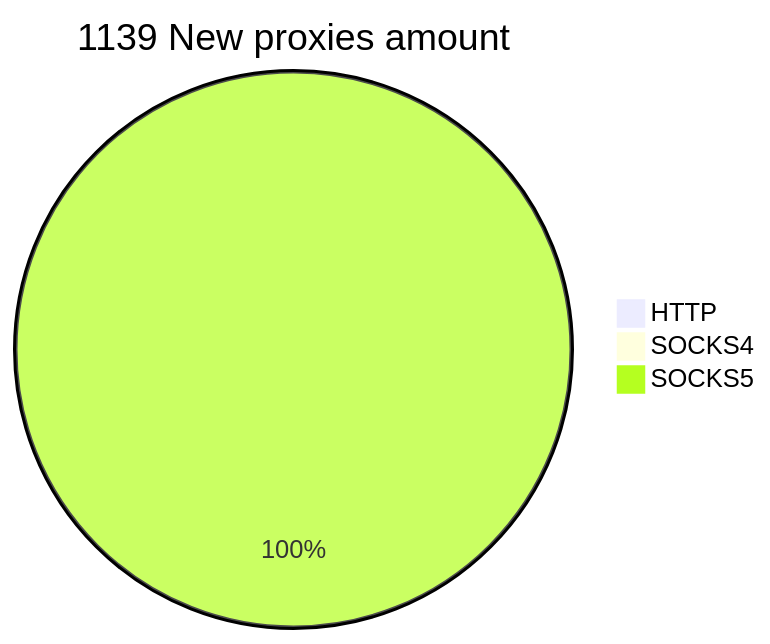
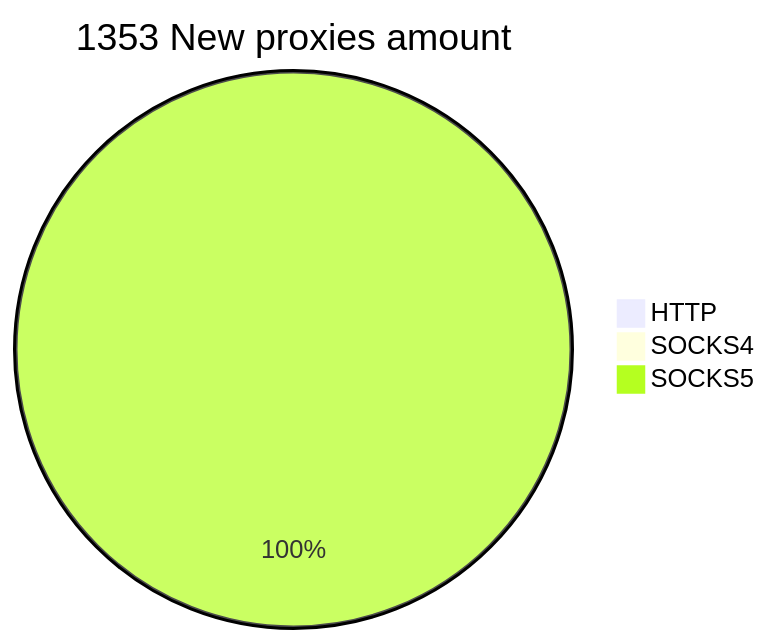
Before and after one commit to cutipu/proxylist: the second of 2 diagrams in README.md, drawn with Mermaid. The commit also changed other lines of this file, not shown here.

````diff
--- a/README.md
+++ b/README.md
@@ -10,6 +10,6 @@
 ```mermaid
-pie title 1139 New proxies amount
+pie title 1353 New proxies amount
     "HTTP" : 0
     "SOCKS4" : 0
-    "SOCKS5" : 1140
+    "SOCKS5" : 1353
 ```
````
